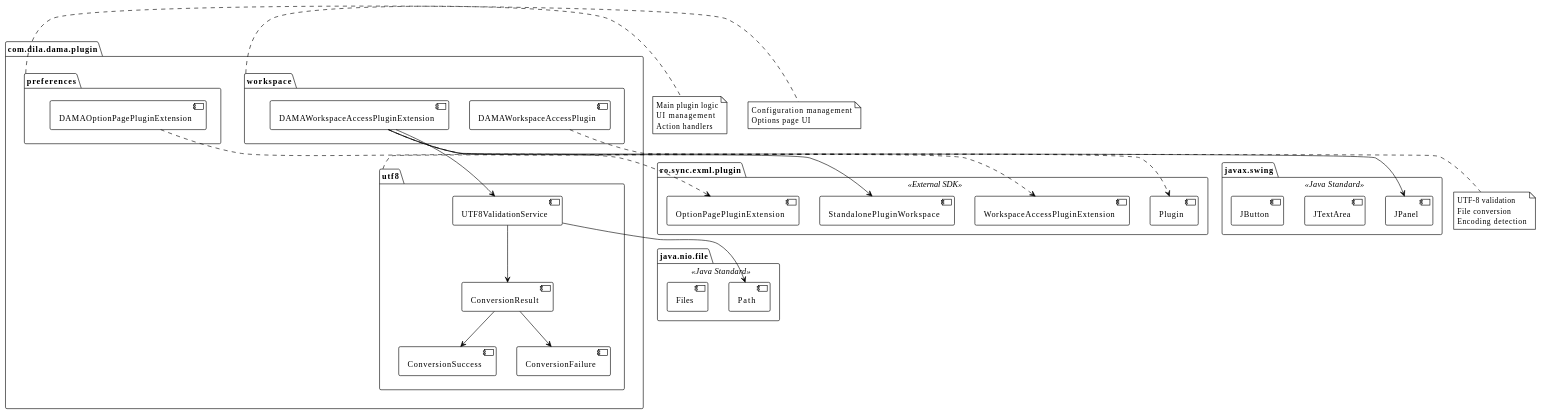
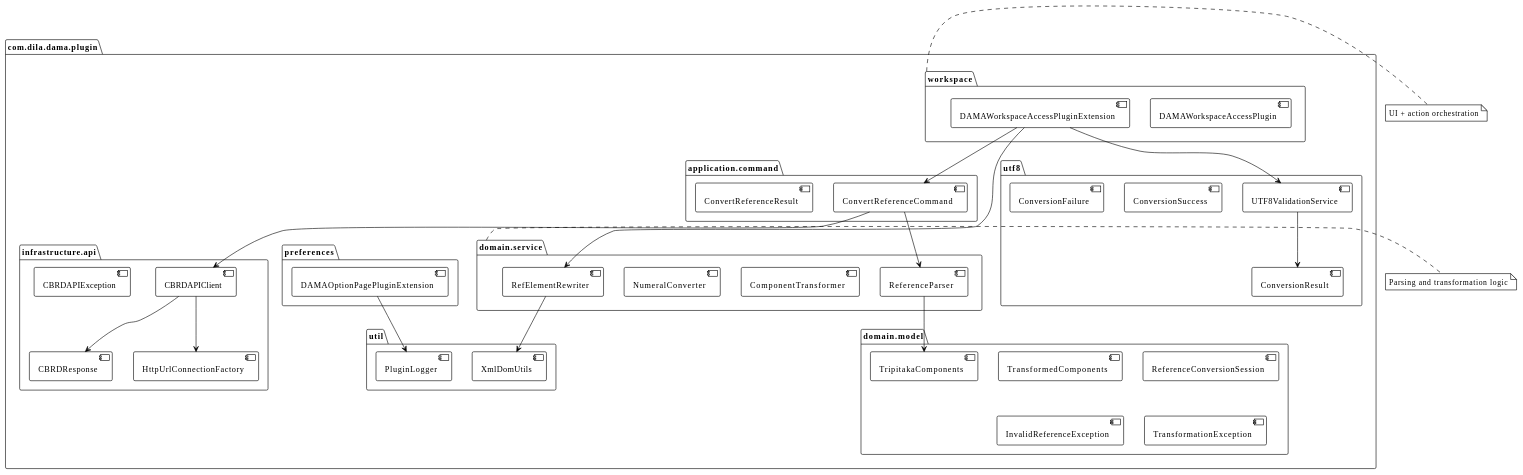
One commit to happypig/OCR2Markup changed diagram 12 of 14 in Models/Gemini2.5/dila-ai-markup-plugin/docs/RUP.MD. Above: the diagram before and after it, drawn with PlantUML. The commit also changed other lines of this file and 9 other files, not shown here.

````diff
--- a/Models/Gemini2.5/dila-ai-markup-plugin/docs/RUP.MD
+++ b/Models/Gemini2.5/dila-ai-markup-plugin/docs/RUP.MD
@@ -1456,72 +1789,80 @@
 ```plantuml
 @startuml
 !theme plain
 
 package "com.dila.dama.plugin" {
     package "workspace" {
         [DAMAWorkspaceAccessPlugin]
         [DAMAWorkspaceAccessPluginExtension]
     }
     
     package "preferences" {
         [DAMAOptionPagePluginExtension]
     }
+
+    package "application.command" {
+        [ConvertReferenceCommand]
+        [ConvertReferenceResult]
+    }
+
+    package "domain.model" {
+        [TripitakaComponents]
+        [TransformedComponents]
+        [ReferenceConversionSession]
+        [InvalidReferenceException]
+        [TransformationException]
+    }
+
+    package "domain.service" {
+        [ReferenceParser]
+        [ComponentTransformer]
+        [NumeralConverter]
+        [RefElementRewriter]
+    }
+
+    package "infrastructure.api" {
+        [CBRDAPIClient]
+        [CBRDResponse]
+        [CBRDAPIException]
+        [HttpUrlConnectionFactory]
+    }
+
+    package "util" {
+        [XmlDomUtils]
+        [PluginLogger]
+    }
     
     package "utf8" {
         [UTF8ValidationService]
         [ConversionResult]
         [ConversionSuccess]
         [ConversionFailure]
     }
 }
 
-package "ro.sync.exml.plugin" <<External SDK>> {
-    [Plugin]
-    [WorkspaceAccessPluginExtension]
-    [OptionPagePluginExtension]
-    [StandalonePluginWorkspace]
-}
+[DAMAWorkspaceAccessPluginExtension] --> [ConvertReferenceCommand]
+[DAMAWorkspaceAccessPluginExtension] --> [RefElementRewriter]
+[DAMAWorkspaceAccessPluginExtension] --> [UTF8ValidationService]
+[DAMAOptionPagePluginExtension] --> [PluginLogger]
 
-package "javax.swing" <<Java Standard>> {
-    [JPanel]
-    [JTextArea]
-    [JButton]
-}
+[ConvertReferenceCommand] --> [ReferenceParser]
+[ConvertReferenceCommand] --> [CBRDAPIClient]
 
-package "java.nio.file" <<Java Standard>> {
-    [Path]
-    [Files]
-}
+[ReferenceParser] --> [TripitakaComponents]
+[RefElementRewriter] --> [XmlDomUtils]
 
-[DAMAWorkspaceAccessPlugin] ..> [Plugin]
-[DAMAWorkspaceAccessPluginExtension] ..> [WorkspaceAccessPluginExtension]
-[DAMAOptionPagePluginExtension] ..> [OptionPagePluginExtension]
-
-[DAMAWorkspaceAccessPluginExtension] --> [UTF8ValidationService]
-[DAMAWorkspaceAccessPluginExtension] --> [StandalonePluginWorkspace]
-[DAMAWorkspaceAccessPluginExtension] --> [JPanel]
+[CBRDAPIClient] --> [CBRDResponse]
+[CBRDAPIClient] --> [HttpUrlConnectionFactory]
 
 [UTF8ValidationService] --> [ConversionResult]
-[UTF8ValidationService] --> [Path]
-[ConversionResult] --> [ConversionSuccess]
-[ConversionResult] --> [ConversionFailure]
 
 note right of workspace
-  Main plugin logic
-  UI management
-  Action handlers
+  UI + action orchestration
 end note
 
-note right of preferences
-  Configuration management
-  Options page UI
-end note
-
-note right of utf8
-  UTF-8 validation
-  File conversion
-  Encoding detection
+note right of domain.service
+  Parsing and transformation logic
 end note
 
 @enduml
 ```
````
